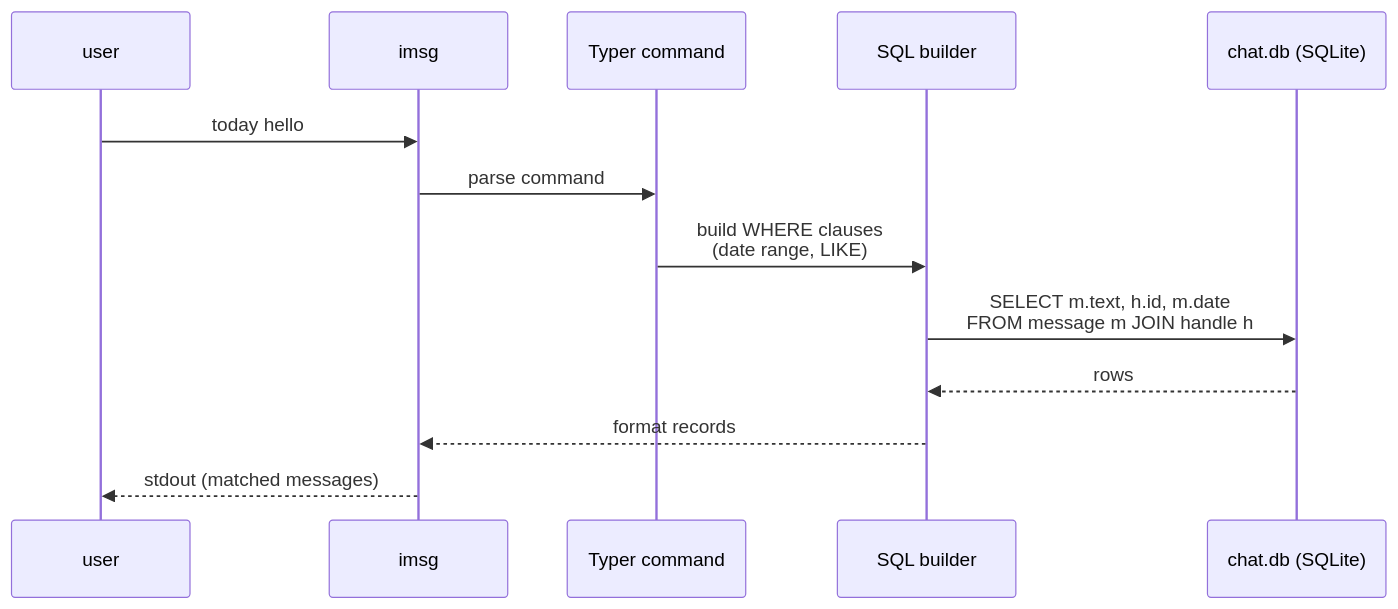
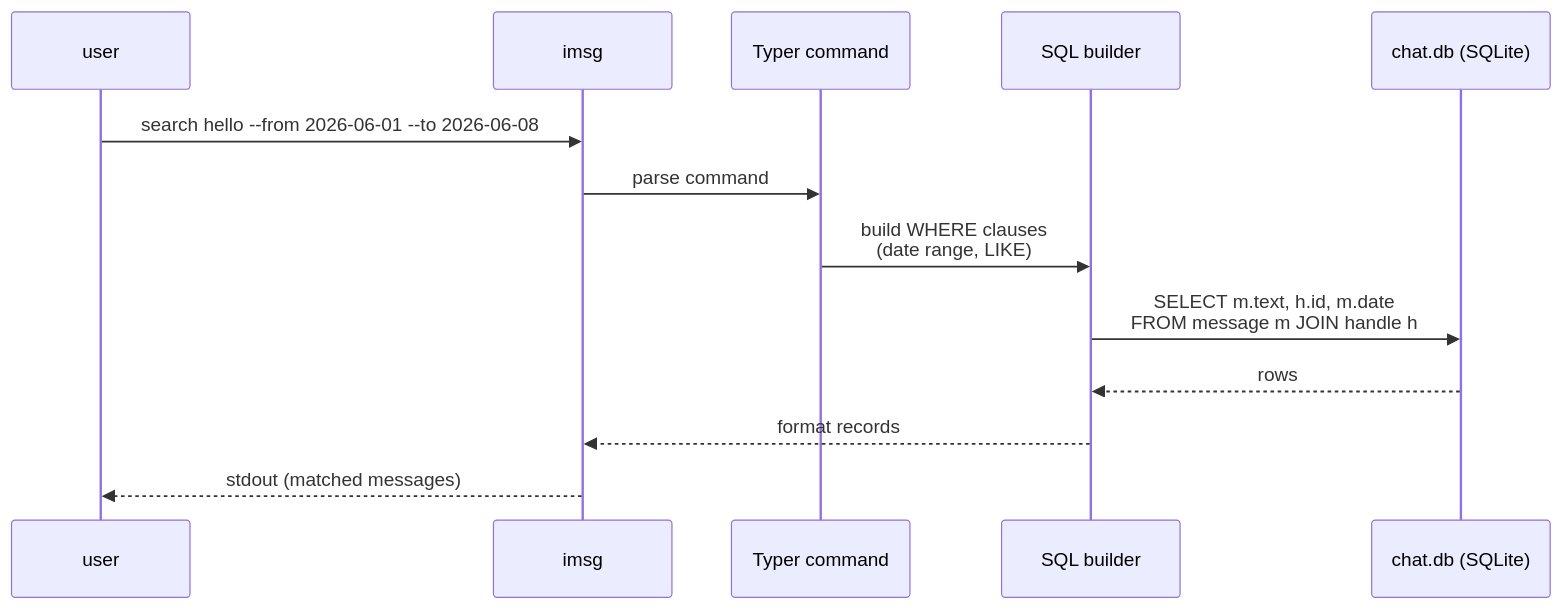
Before and after one commit to ml-lubich/imessage-exporter: the third of 5 diagrams in README.md, drawn with Mermaid. The commit also changed other lines of this file and 12 other files, not shown here.

````diff
--- a/README.md
+++ b/README.md
@@ -80,16 +81,16 @@
 ```mermaid
 sequenceDiagram
     participant U as user
     participant CLI as imsg
     participant P as Typer command
     participant Q as SQL builder
     participant DB as chat.db (SQLite)
 
-    U->>CLI: today hello
+    U->>CLI: search hello --from 2026-06-01 --to 2026-06-08
     CLI->>P: parse command
     P->>Q: build WHERE clauses<br/>(date range, LIKE)
     Q->>DB: SELECT m.text, h.id, m.date<br/>FROM message m JOIN handle h
     DB-->>Q: rows
     Q-->>CLI: format records
     CLI-->>U: stdout (matched messages)
 ```
````
